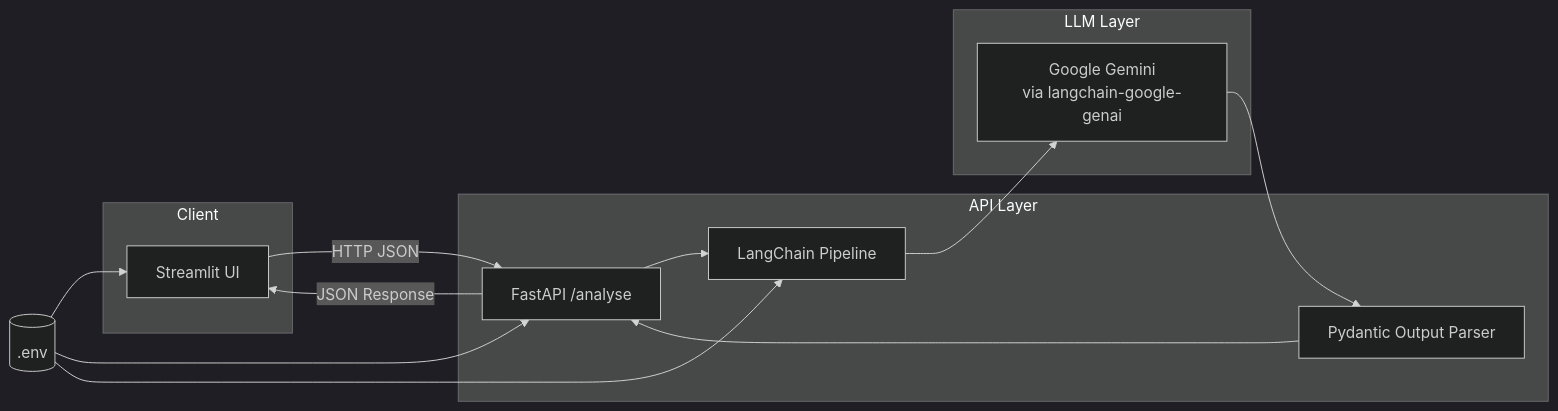
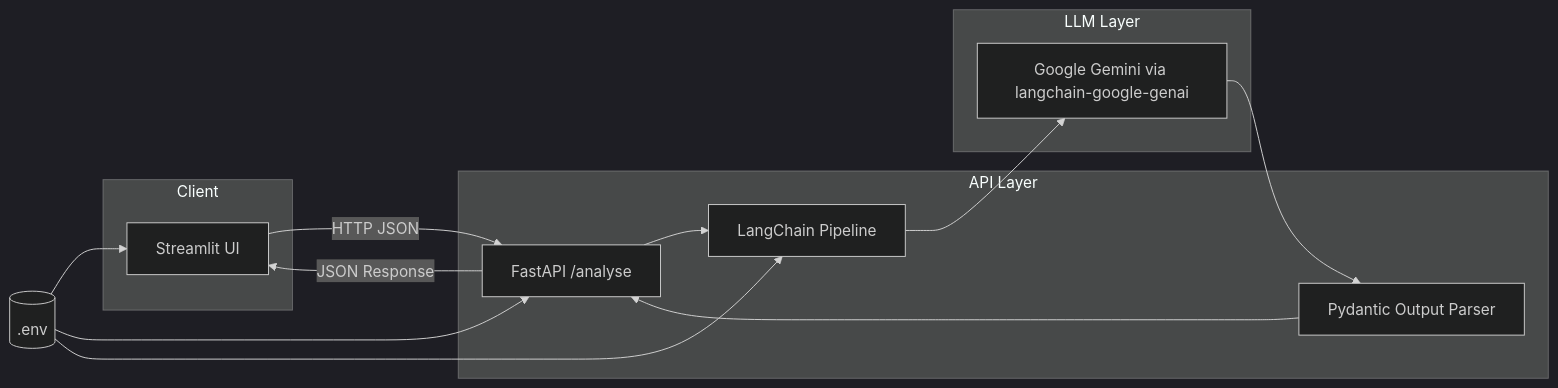
Before and after one commit to Shrikantlala24/Capture-v2: the second of 3 diagrams in flowchart.md, drawn with Mermaid (dark theme). The commit also changed other lines of this file, not shown here.

````diff
--- a/flowchart.md
+++ b/flowchart.md
@@ -40,37 +40,37 @@
 ```mermaid
 flowchart LR
 
     subgraph Client
         UI[Streamlit UI]
     end
 
     subgraph API Layer
         API[FastAPI /analyse]
         Chain[LangChain Pipeline]
         Parser[Pydantic Output Parser]
     end
 
     subgraph LLM Layer
-        Gemini[Google Gemini<br/>via langchain-google-genai]
+        Gemini[Google Gemini via langchain-google-genai]
     end
 
     UI -->|HTTP JSON| API
 
     API --> Chain
 
     Chain --> Gemini
 
     Gemini --> Parser
 
     Parser --> API
 
     API -->|JSON Response| UI
 
     ENV[(.env)]
 
     ENV --> UI
 
     ENV --> API
 
     ENV --> Chain
 ```
````
